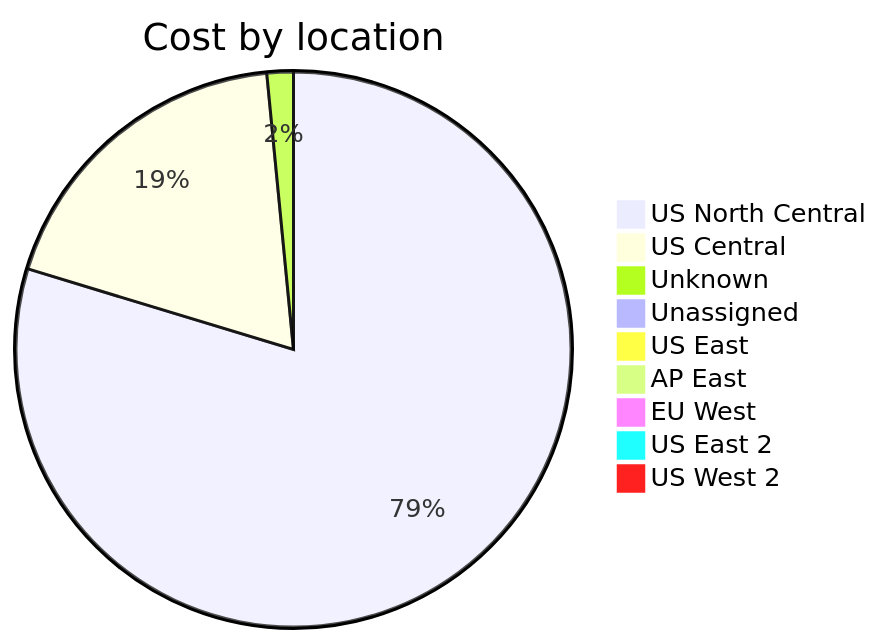
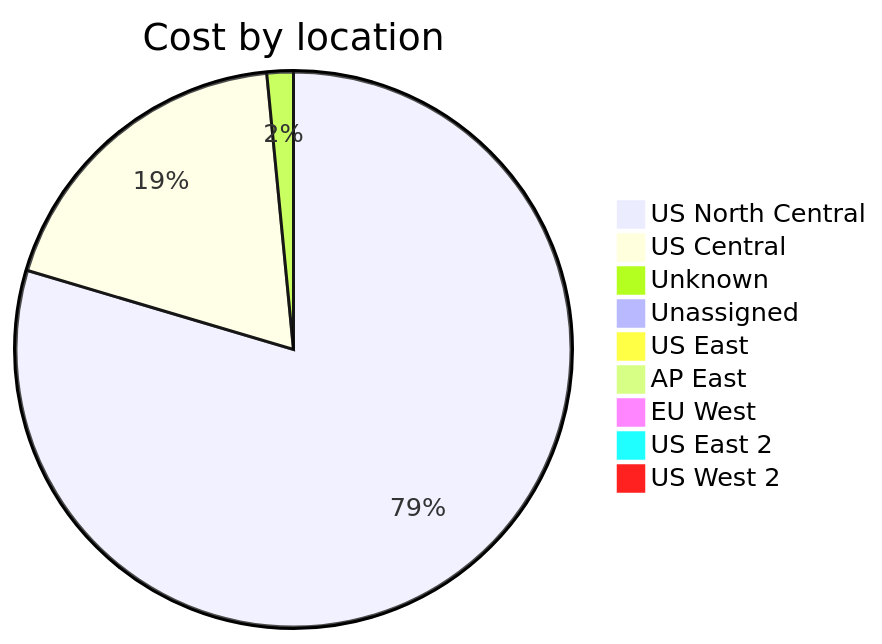
Before and after one commit to jpfulton/azure-personal-reports: the third of 4 diagrams in cost-reports/accumulated-cost.md, drawn with Mermaid. The commit also changed other lines of this file and 4 other files, not shown here.

````diff
--- a/cost-reports/accumulated-cost.md
+++ b/cost-reports/accumulated-cost.md
@@ -127,13 +127,13 @@
 ```mermaid
 pie
    title Cost by location
-   "US North Central" : 7.26
-   "US Central" : 1.71
-   "Unknown" : 0.14
-   "Unassigned" : 0.07
-   "US East" : 0.03
+   "US North Central" : 9.83
+   "US Central" : 2.33
+   "Unknown" : 0.19
+   "Unassigned" : 0.10
+   "US East" : 0.04
    "AP East" : 0.00
    "EU West" : 0.00
    "US East 2" : 0.00
    "US West 2" : 0.00
 ```
````
